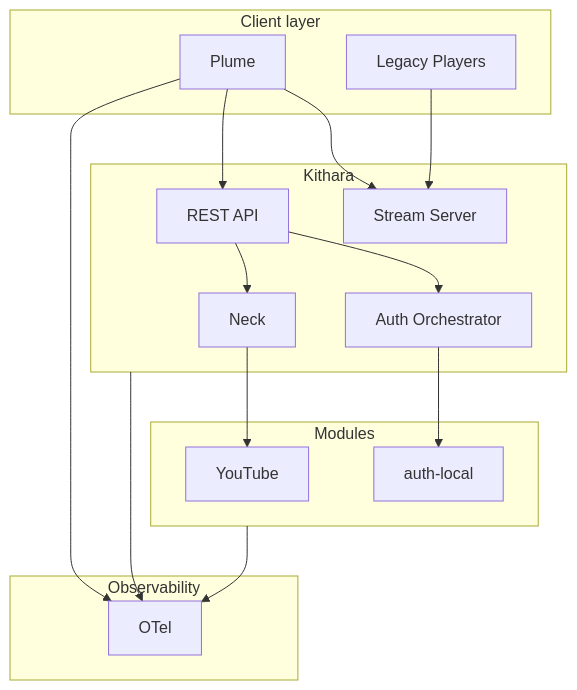
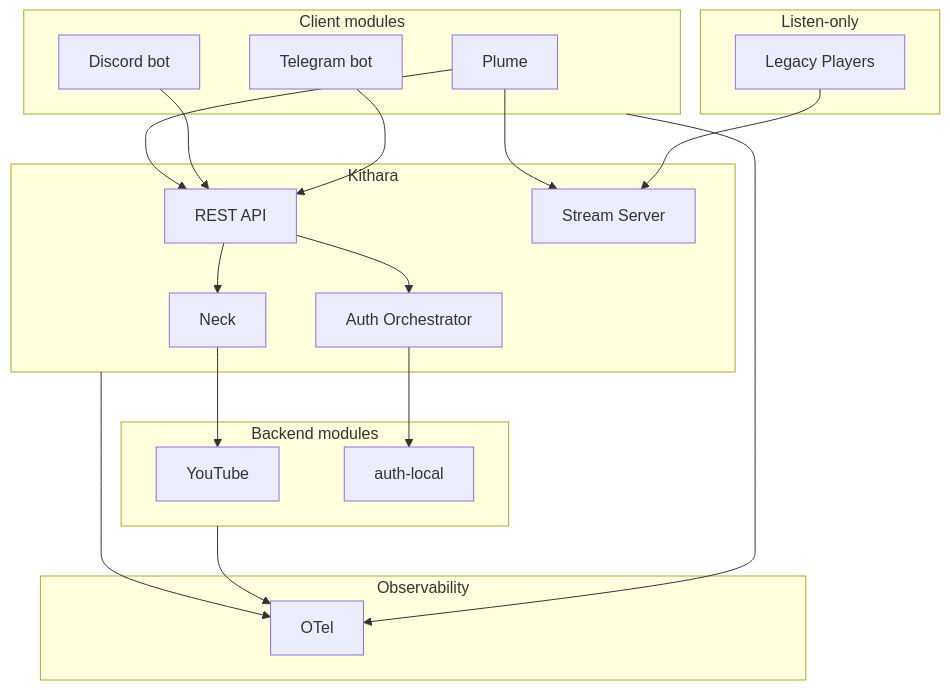
The diagram in docs/architecture/03-component-landscape.md (Bardie-radio/.github), drawn with Mermaid before and after one commit. The commit also changed other lines of this file and 3 other files, not shown here.

````diff
--- a/docs/architecture/03-component-landscape.md
+++ b/docs/architecture/03-component-landscape.md
@@ -3,30 +3,36 @@
 ```mermaid
 flowchart TB
-  subgraph client [Client layer]
+  subgraph client [Client modules]
     Plume[Plume]
+    Discord[Discord bot]
+    Telegram[Telegram bot]
+  end
+  subgraph listen [Listen-only]
     Players[Legacy Players]
   end
   subgraph core [Kithara]
     API[REST API]
     Neck[Neck]
     StreamSrv[Stream Server]
     AuthOrch[Auth Orchestrator]
   end
-  subgraph modules [Modules]
+  subgraph modules [Backend modules]
     YT[YouTube]
     AuthLocal[auth-local]
   end
   subgraph observe [Observability]
     OTel[OTel]
   end
   Plume --> API
+  Discord --> API
+  Telegram --> API
   Plume --> StreamSrv
   Players --> StreamSrv
   API --> Neck
   API --> AuthOrch
   Neck --> YT
   AuthOrch --> AuthLocal
   core --> OTel
   modules --> OTel
-  Plume --> OTel
+  client --> OTel
 ```
````
